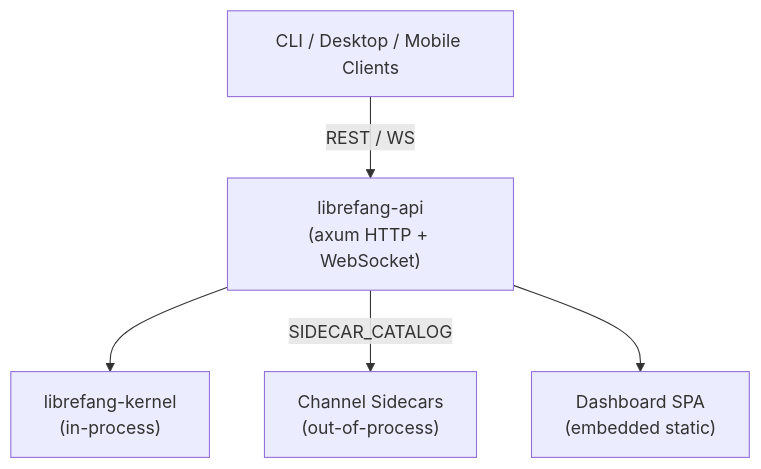
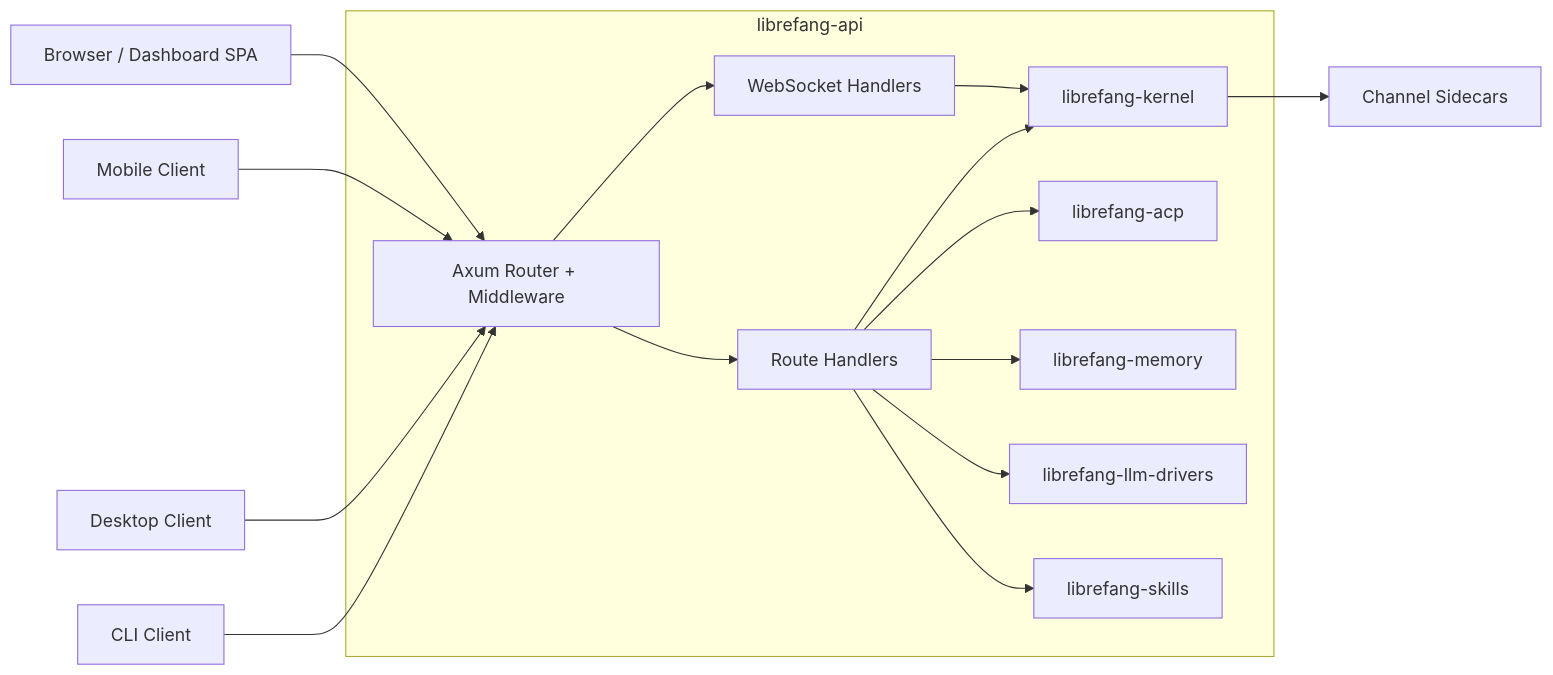
Before and after one commit to leszek3737/librefang-WIki: the diagram in other-librefang-api.md, drawn with Mermaid. The commit also changed other lines of this file and 128 other files, not shown here.

````diff
--- a/other-librefang-api.md
+++ b/other-librefang-api.md
@@ -9,13 +9,26 @@
 ```mermaid
-graph TD
-    Clients["CLI / Desktop / Mobile Clients"]
-    API["librefang-api<br/>(axum HTTP + WebSocket)"]
-    Kernel["librefang-kernel<br/>(in-process)"]
-    Sidecars["Channel Sidecars<br/>(out-of-process)"]
-    SPA["Dashboard SPA<br/>(embedded static)"]
+graph LR
+    CLI[CLI Client]
+    Desktop[Desktop Client]
+    Mobile[Mobile Client]
+    Browser[Browser / Dashboard SPA]
 
-    Clients -->|REST / WS| API
-    API --> Kernel
-    API -->|SIDECAR_CATALOG| Sidecars
-    API --> SPA
+    CLI --> API
+    Desktop --> API
+    Mobile --> API
+    Browser --> API
+
+    subgraph librefang-api
+        API[Axum Router + Middleware]
+        API --> Routes[Route Handlers]
+        API --> WS[WebSocket Handlers]
+        Routes --> Kernel[librefang-kernel]
+        WS --> Kernel
+        Routes --> ACP[librefang-acp]
+        Routes --> Memory[librefang-memory]
+        Routes --> LLM[librefang-llm-drivers]
+        Routes --> Skills[librefang-skills]
+    end
+
+    Kernel --> Sidecars[Channel Sidecars]
 ```
````
